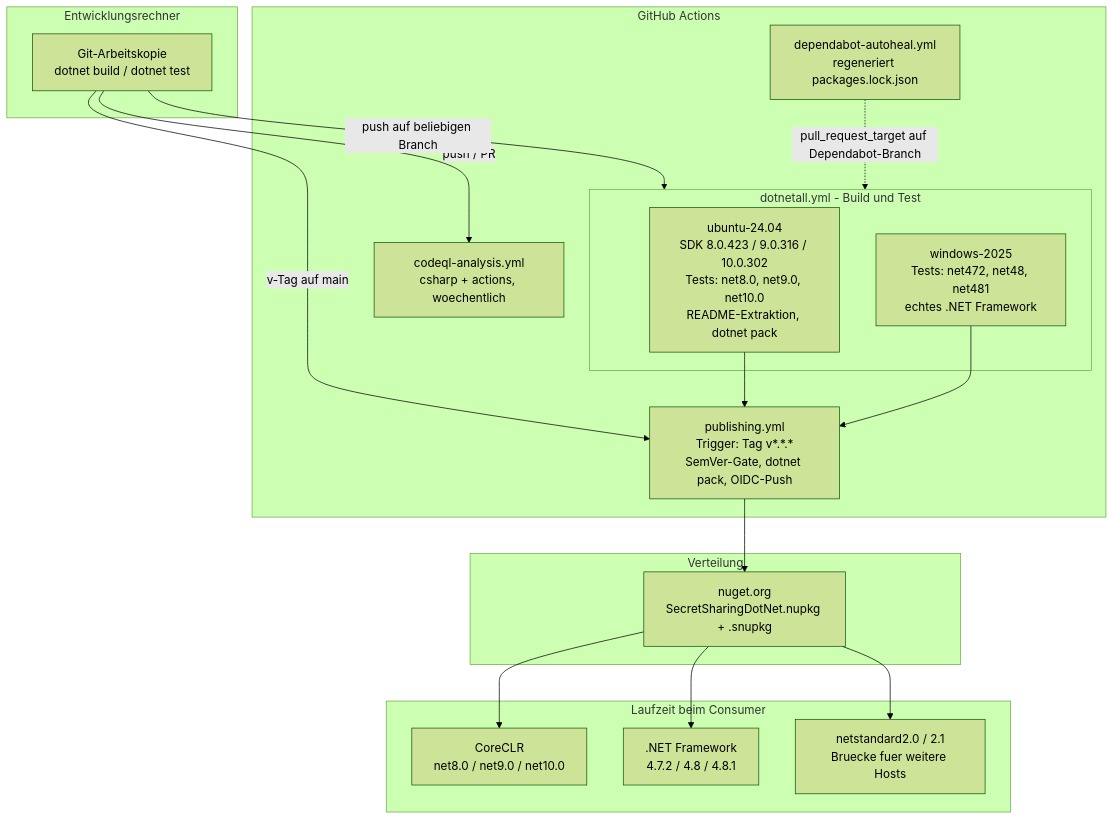
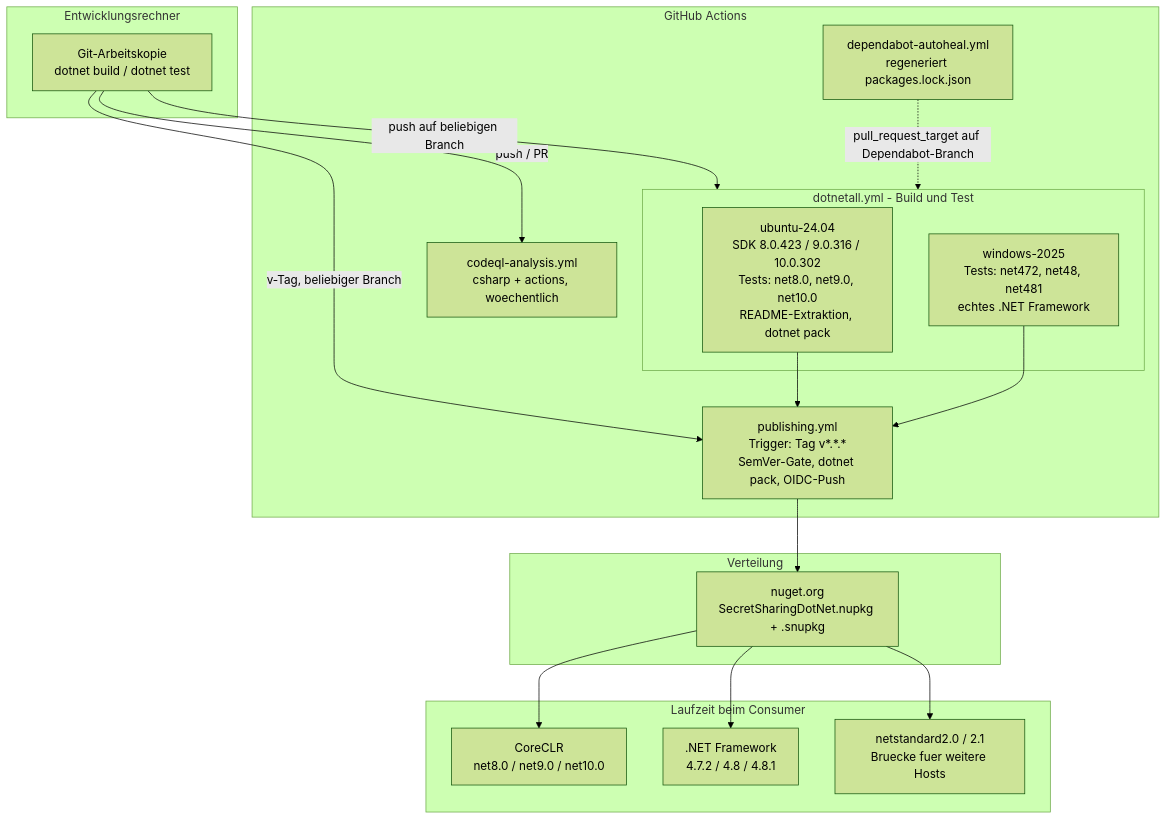
The tenth of 10 diagrams in docs/architecture/arc42.de.md (shinji-san/SecretSharingDotNet), drawn with Mermaid (forest theme) before and after one commit. The commit also changed other lines of this file and 1 other file, not shown here.

````diff
--- a/docs/architecture/arc42.de.md
+++ b/docs/architecture/arc42.de.md
@@ -571,37 +584,37 @@
 ```mermaid
 flowchart TD
     subgraph dev["Entwicklungsrechner"]
         repo["Git-Arbeitskopie<br/>dotnet build / dotnet test"]
     end
 
     subgraph gh["GitHub Actions"]
         subgraph ci["dotnetall.yml - Build und Test"]
             ubuntu["ubuntu-24.04<br/>SDK 8.0.423 / 9.0.316 / 10.0.302<br/>Tests: net8.0, net9.0, net10.0<br/>README-Extraktion, dotnet pack"]
             windows["windows-2025<br/>Tests: net472, net48, net481<br/>echtes .NET Framework"]
         end
         codeql["codeql-analysis.yml<br/>csharp + actions, woechentlich"]
         autoheal["dependabot-autoheal.yml<br/>regeneriert packages.lock.json"]
         publish["publishing.yml<br/>Trigger: Tag v*.*.*<br/>SemVer-Gate, dotnet pack, OIDC-Push"]
     end
 
     subgraph dist["Verteilung"]
         nuget["nuget.org<br/>SecretSharingDotNet.nupkg + .snupkg"]
     end
 
     subgraph runtime["Laufzeit beim Consumer"]
         netcore["CoreCLR<br/>net8.0 / net9.0 / net10.0"]
         netfx[".NET Framework<br/>4.7.2 / 4.8 / 4.8.1"]
         netstd["netstandard2.0 / 2.1<br/>Bruecke fuer weitere Hosts"]
     end
 
     repo -->|push auf beliebigen Branch| ci
     repo -->|push / PR| codeql
-    repo -->|v-Tag auf main| publish
+    repo -->|v-Tag, beliebiger Branch| publish
     ubuntu --> publish
     windows --> publish
     publish --> nuget
     autoheal -.->|pull_request_target auf Dependabot-Branch| ci
     nuget --> netcore
     nuget --> netfx
     nuget --> netstd
 ```
````
